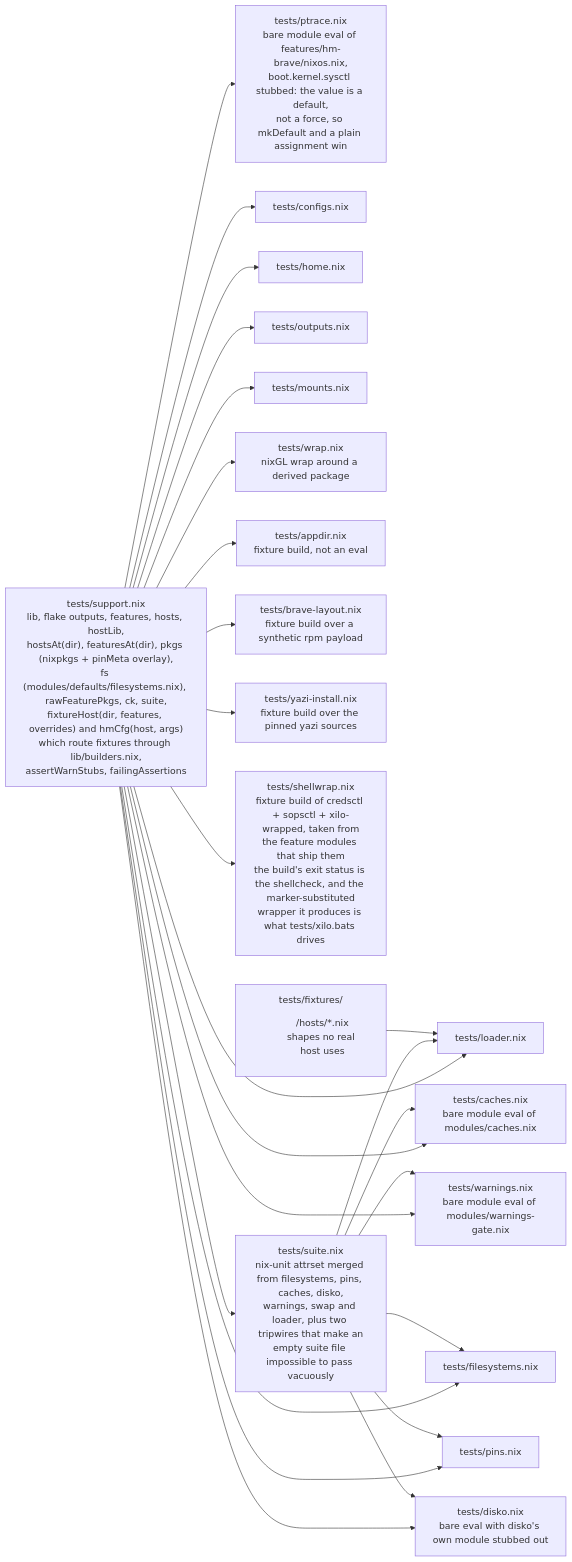
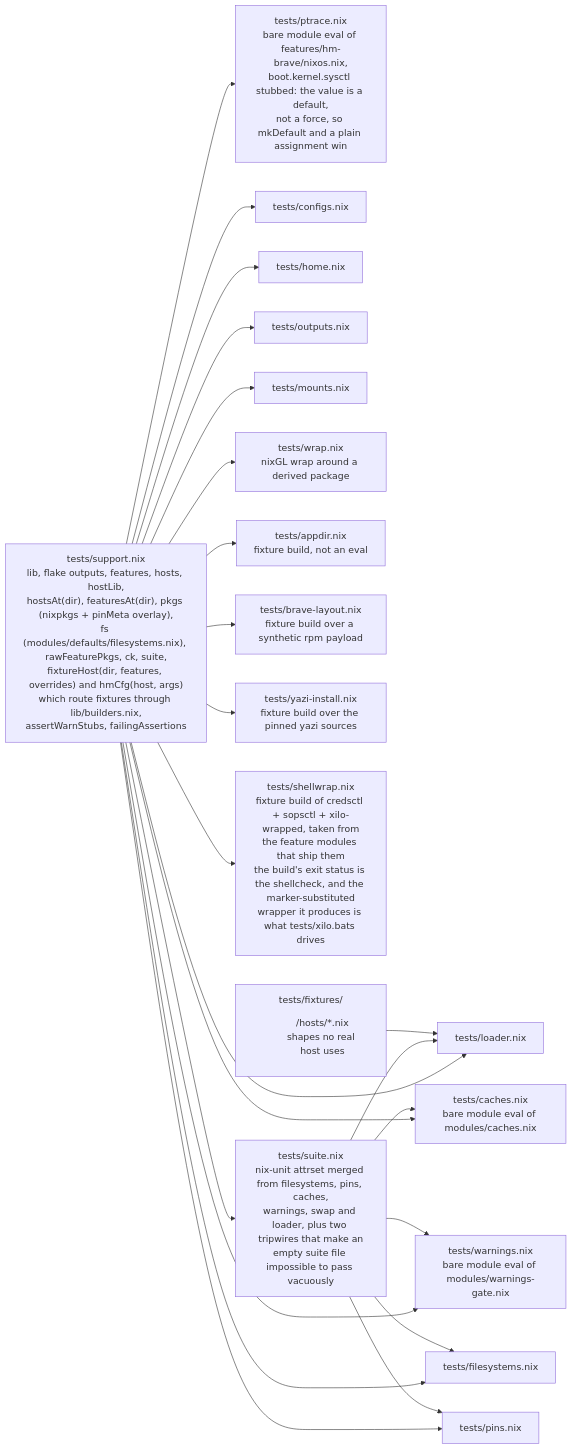
Before and after one commit to WombatFromHell/automatic-palm-tree: the second of 5 diagrams in TEST_DESIGN.md, drawn with Mermaid. The commit also changed other lines of this file and 10 other files, not shown here.

````diff
--- a/TEST_DESIGN.md
+++ b/TEST_DESIGN.md
@@ -174,27 +174,25 @@
 ```mermaid
 flowchart LR
   S["tests/support.nix<br/>lib, flake outputs, features, hosts, hostLib,<br/>hostsAt(dir), featuresAt(dir), pkgs (nixpkgs + pinMeta overlay),<br/>fs (modules/defaults/filesystems.nix), rawFeaturePkgs, ck, suite,<br/>fixtureHost(dir, features, overrides) and hmCfg(host, args)<br/>which route fixtures through lib/builders.nix,<br/>assertWarnStubs, failingAssertions"] --> L["tests/loader.nix"]
   S --> CA["tests/caches.nix<br/>bare module eval of modules/caches.nix"]
   S --> WA["tests/warnings.nix<br/>bare module eval of modules/warnings-gate.nix"]
   S --> PT["tests/ptrace.nix<br/>bare module eval of features/hm-brave/nixos.nix,<br/>boot.kernel.sysctl stubbed: the value is a default,<br/>not a force, so mkDefault and a plain assignment win"]
   S --> C["tests/configs.nix"]
   S --> H["tests/home.nix"]
   S --> O["tests/outputs.nix"]
   S --> F["tests/filesystems.nix"]
   S --> M["tests/mounts.nix"]
   S --> PI["tests/pins.nix"]
   S --> WR["tests/wrap.nix<br/>nixGL wrap around a derived package"]
   S --> AP["tests/appdir.nix<br/>fixture build, not an eval"]
   S --> BL["tests/brave-layout.nix<br/>fixture build over a synthetic rpm payload"]
   S --> YZ["tests/yazi-install.nix<br/>fixture build over the pinned yazi sources"]
   S --> SW["tests/shellwrap.nix<br/>fixture build of credsctl + sopsctl + xilo-wrapped, taken from<br/>the feature modules that ship them<br/>the build's exit status is the shellcheck, and the marker-substituted<br/>wrapper it produces is what tests/xilo.bats drives"]
-  S --> DK["tests/disko.nix<br/>bare eval with disko's own module stubbed out"]
-  S --> SU["tests/suite.nix<br/>nix-unit attrset merged from filesystems, pins, caches, disko,<br/>warnings, swap and loader, plus two tripwires that make an<br/>empty suite file impossible to pass vacuously"]
+  S --> SU["tests/suite.nix<br/>nix-unit attrset merged from filesystems, pins, caches,<br/>warnings, swap and loader, plus two tripwires that make an<br/>empty suite file impossible to pass vacuously"]
   SU --> L
   SU --> CA
   SU --> WA
   SU --> F
   SU --> PI
-  SU --> DK
   FX["tests/fixtures/<dir>/hosts/*.nix<br/>shapes no real host uses"] --> L
 ```
````
